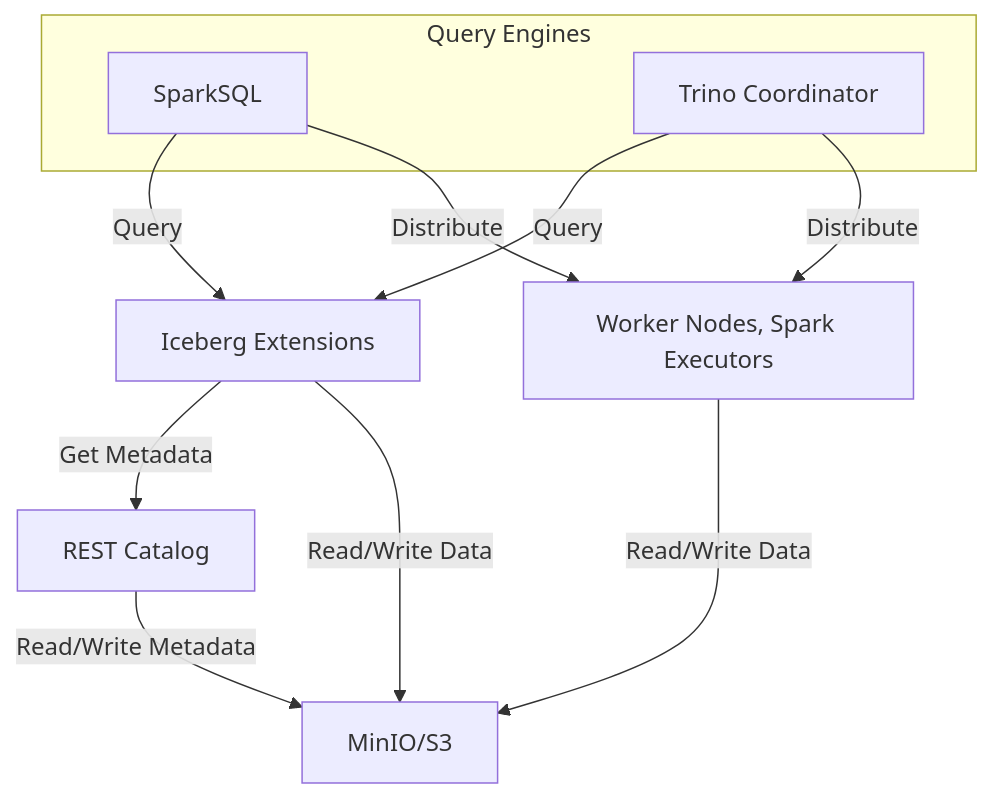
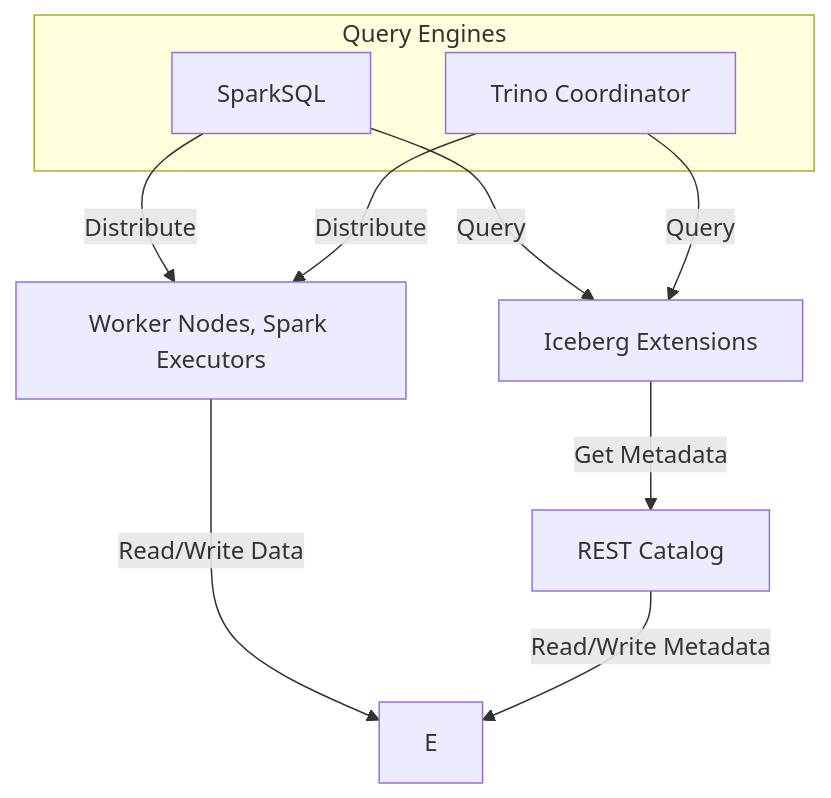
The diagram in README.md (EM51641/iceberg), drawn with Mermaid before and after one commit. The commit also changed 1 other file, not shown here.

Commit message:
Correct the `mermaid` schema

````diff
--- a/README.md
+++ b/README.md
@@ -3,19 +3,18 @@
 ```mermaid
 graph TD
 
     subgraph Query Engines 
         A[SparkSQL]
         P[Trino Coordinator]
     end
 
     A[SparkSQL] -->|Query| B[Iceberg Extensions]
     P[Trino Coordinator] -->|Query| B
     B -->|Get Metadata| C[REST Catalog]
-    B -->|Read/Write Data| E[MinIO/S3]
 
     A[SparkSQL] -->|Distribute| W[Worker Nodes, Spark Executors]
     P[Trino Coordinator] -->|Distribute| W
     W -->|Read/Write Data| E
 
     C -->|Read/Write Metadata| E
 ```
````
